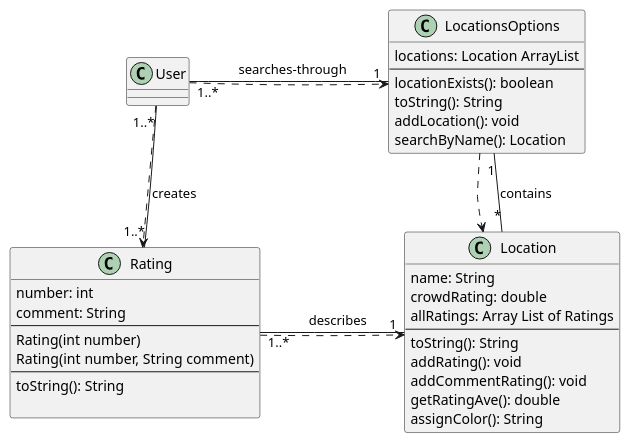
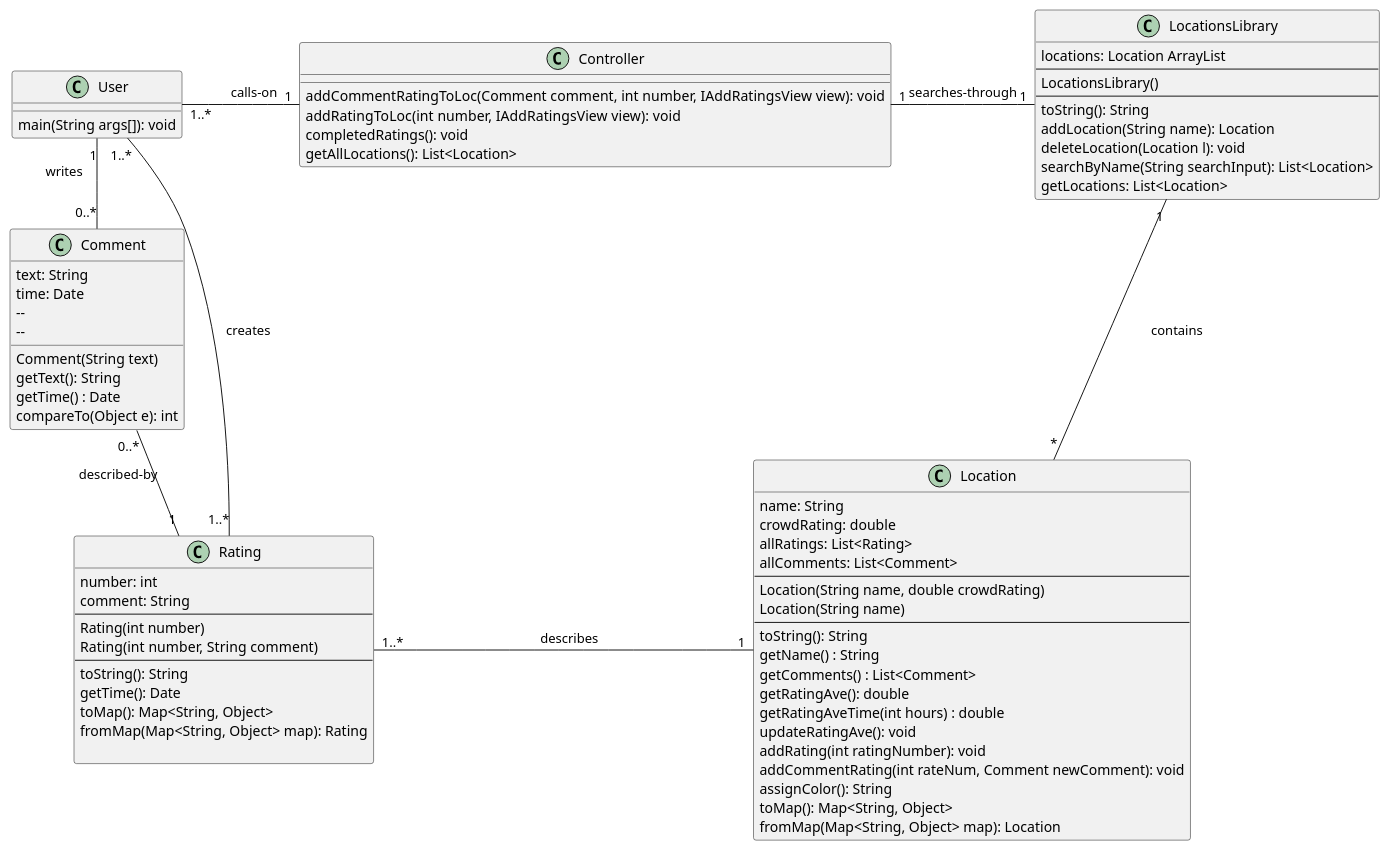
Before and after one commit to manoushpajouh/Vassar-Crowdmeter: the second of 6 diagrams in intellij/documentation/design.md, drawn with PlantUML. The commit also changed other lines of this file and 32 other files, not shown here.

Commit message:
updating the readme document and the design document to include new changes graphically

```diff
--- a/intellij/documentation/design.md
+++ b/intellij/documentation/design.md
@@ -43,7 +58,51 @@
 @startuml
 
 class User{
+main(String args[]): void
 }
+
+class Controller{
+addCommentRatingToLoc(Comment comment, int number, IAddRatingsView view): void 
+addRatingToLoc(int number, IAddRatingsView view): void 
+completedRatings(): void 
+getAllLocations(): List<Location>
+
+}
+
+class LocationsLibrary{
+locations: Location ArrayList 
+--
+LocationsLibrary()
+--
+toString(): String
+addLocation(String name): Location 
+deleteLocation(Location l): void
+searchByName(String searchInput): List<Location>
+getLocations: List<Location>
+}
+
+class Location {
+name: String
+crowdRating: double
+allRatings: List<Rating>
+allComments: List<Comment>
+--
+Location(String name, double crowdRating)
+Location(String name)
+--
+toString(): String
+getName() : String
+getComments() : List<Comment>
+getRatingAve(): double
+getRatingAveTime(int hours) : double 
+updateRatingAve(): void
+addRating(int ratingNumber): void 
+addCommentRating(int rateNum, Comment newComment): void 
+assignColor(): String 
+toMap(): Map<String, Object>
+fromMap(Map<String, Object> map): Location
+}
+
 
 class Rating{
 number: int
@@ -53,41 +112,32 @@
 Rating(int number, String comment)
 --
 toString(): String 
+getTime(): Date
+toMap(): Map<String, Object> 
+fromMap(Map<String, Object> map): Rating
 
 }
 
-class LocationsOptions{
-locations: Location ArrayList 
---
-locationExists(): boolean
-toString(): String
-addLocation(): void
-searchByName(): Location
+class Comment{
+text: String
+time: Date
+-- 
+Comment(String text)
+-- 
+getText(): String 
+getTime() : Date 
+compareTo(Object e): int
+
 }
-
-class Location {
-name: String
-crowdRating: double
-allRatings: Array List of Ratings 
---
-toString(): String
-addRating(): void
-addCommentRating(): void
-getRatingAve(): double
-assignColor(): String 
-}
-
-
-User .down.> Rating
-User .> LocationsOptions
-Rating .right.> Location
-LocationsOptions .down.> Location
 
 ' associations 
 Rating "1..*"  - "1" Location : \t describes \t
 User "1..*" -- "1..*" Rating : creates
-LocationsOptions "1" -down- "*" Location : contains
-User "1..*" -right- "1" LocationsOptions: \t searches-through\t
+LocationsLibrary "1" -down- "*" Location : contains
+User "1..*" -right- "1" Controller: \t calls-on \t
+Controller "1" - "1" LocationsLibrary: searches-through 
+Rating "1" -left- "0..*" Comment: described-by
+User "1" - "0..*" Comment: \t writes \t
 
 
 @enduml
```
